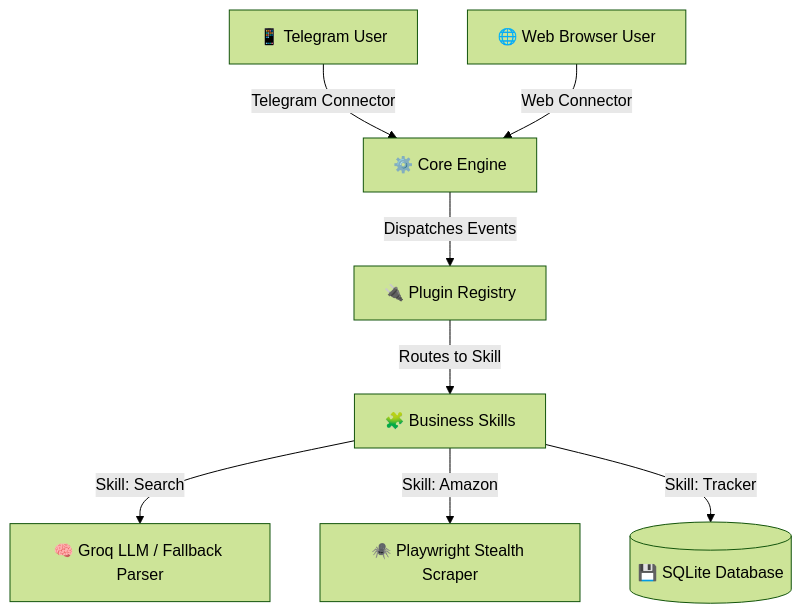
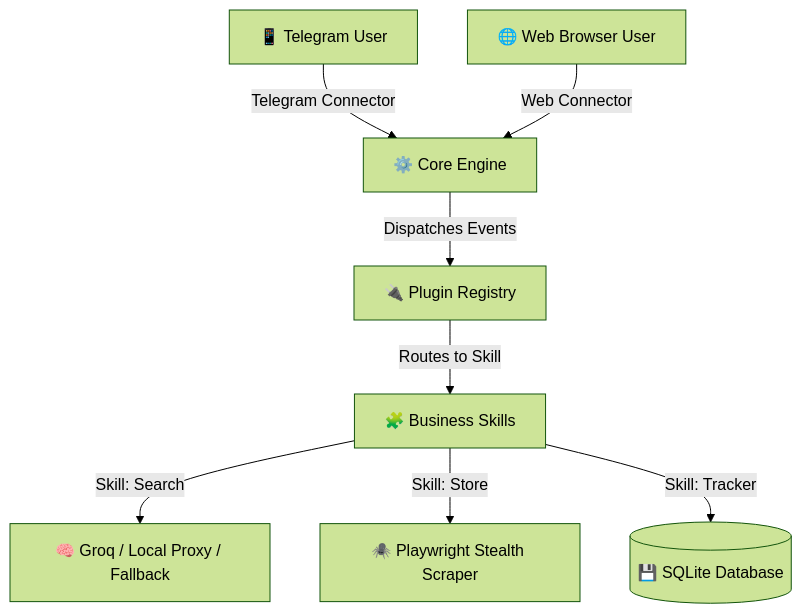
The first of 3 diagrams in docs/system_overview.md (jyothisthaliath/CartGenie), drawn with Mermaid (forest theme) before and after one commit. The commit also changed other lines of this file and 1 other file, not shown here.

Commit message:
Update showcase documentation for V3.1 (Local LLM Routing & Flipkart Support)

````diff
--- a/docs/system_overview.md
+++ b/docs/system_overview.md
@@ -13,12 +13,12 @@
 ```mermaid
 graph TD
     TG[📱 Telegram User] -->|Telegram Connector| Core[⚙️ Core Engine]
     Web[🌐 Web Browser User] -->|Web Connector| Core
     
     Core -->|Dispatches Events| Registry[🔌 Plugin Registry]
     Registry -->|Routes to Skill| Skills[🧩 Business Skills]
     
-    Skills -->|Skill: Search| LLM[🧠 Groq LLM / Fallback Parser]
-    Skills -->|Skill: Amazon| Scraper[🕷️ Playwright Stealth Scraper]
+    Skills -->|Skill: Search| LLM[🧠 Groq / Local Proxy / Fallback]
+    Skills -->|Skill: Store| Scraper[🕷️ Playwright Stealth Scraper]
     Skills -->|Skill: Tracker| DB[(💾 SQLite Database)]
 ```
````
